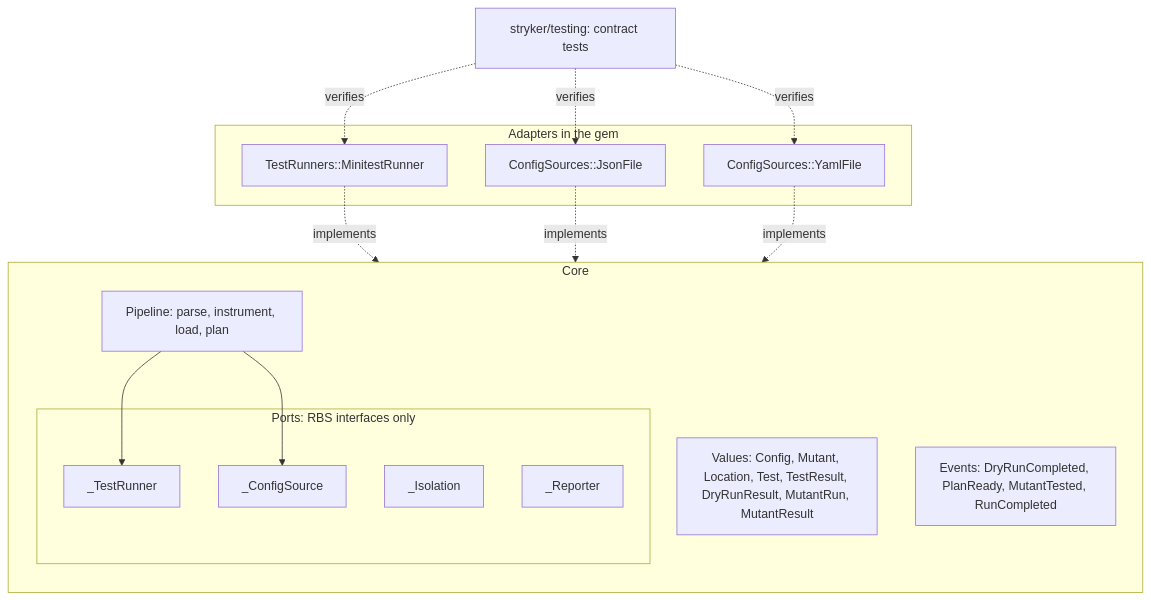
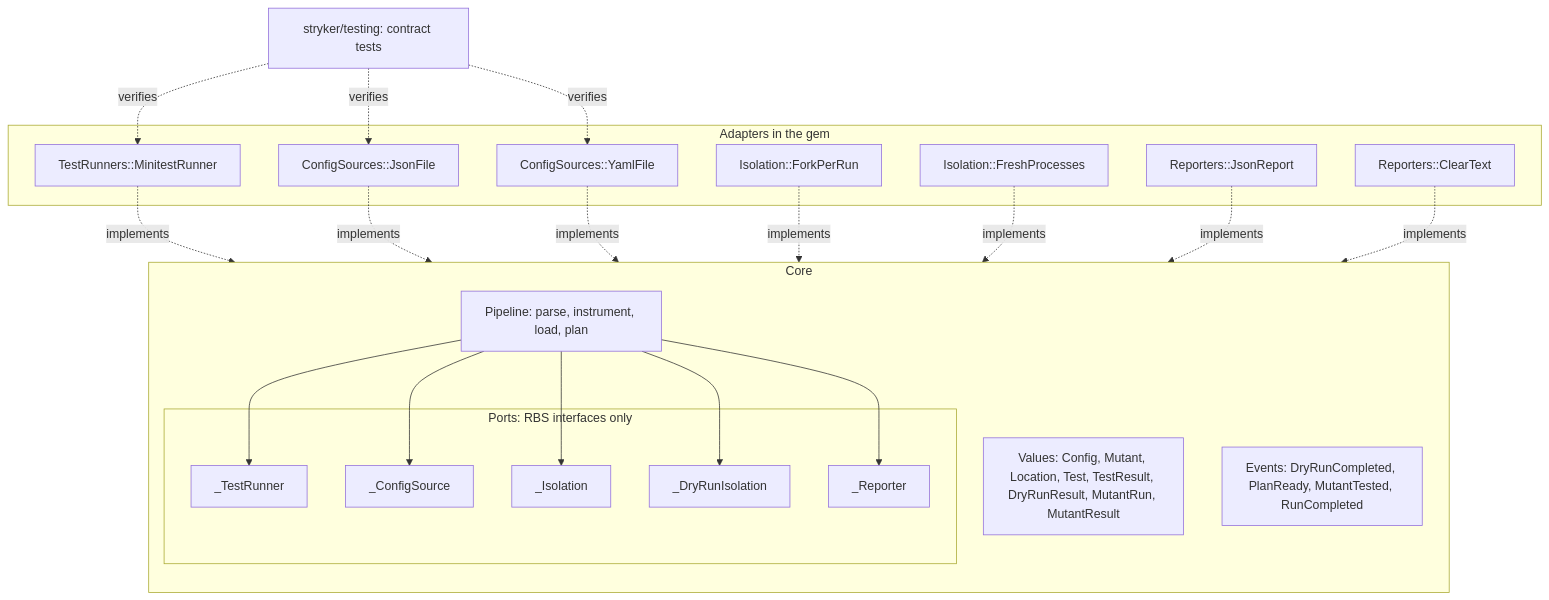
Before and after one commit to setdef/stryker_for_ruby: the third of 3 diagrams in docs/contributors/design/architecture.md, drawn with Mermaid. The commit also changed other lines of this file and 14 other files, not shown here.

````diff
--- a/docs/contributors/design/architecture.md
+++ b/docs/contributors/design/architecture.md
@@ -53,25 +62,33 @@
 ```mermaid
 flowchart TB
   subgraph core["Core"]
     direction TB
     PIPE["Pipeline: parse, instrument, load, plan"]
     VAL["Values: Config, Mutant, Location, Test, TestResult, DryRunResult, MutantRun, MutantResult"]
     EVT["Events: DryRunCompleted, PlanReady, MutantTested, RunCompleted"]
     subgraph ports["Ports: RBS interfaces only"]
       TR["_TestRunner"]
       ISO["_Isolation"]
+      DRI["_DryRunIsolation"]
       REPP["_Reporter"]
       CS["_ConfigSource"]
     end
   end
   subgraph adapters["Adapters in the gem"]
     MT["TestRunners::MinitestRunner"]
     JC["ConfigSources::JsonFile"]
     YC["ConfigSources::YamlFile"]
+    FP["Isolation::ForkPerRun"]
+    FR["Isolation::FreshProcesses"]
+    JR["Reporters::JsonReport"]
+    CX["Reporters::ClearText"]
   end
   CT["stryker/testing: contract tests"]
-  PIPE --> TR & CS
+  PIPE --> TR & CS & ISO & DRI & REPP
   MT -. implements .-> TR
   JC & YC -. implements .-> CS
+  FP -. implements .-> DRI
+  FR -. implements .-> ISO
+  JR & CX -. implements .-> REPP
   CT -. verifies .-> MT & JC & YC
 ```
````
